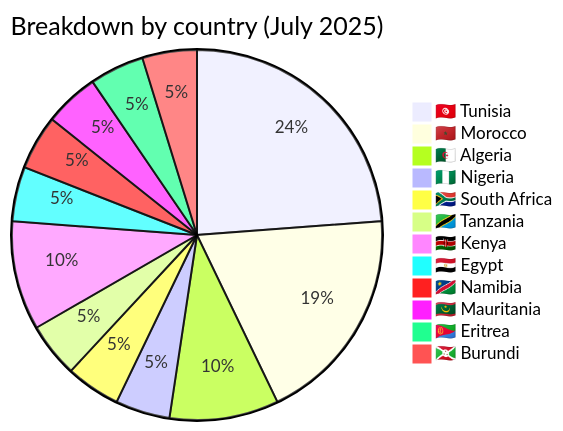
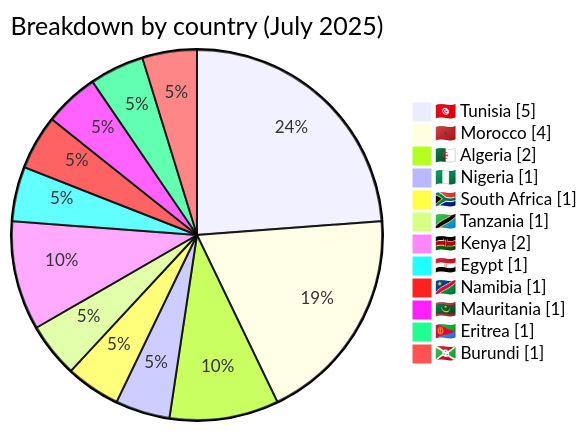
The third of 7 diagrams in CyberAttackAfrica/2025/07-july/README.md (Hatchepsoute/AFRINTEL), drawn with Mermaid before and after one commit. The commit also changed other lines of this file and 182 other files, not shown here.

````diff
--- a/CyberAttackAfrica/2025/07-july/README.md
+++ b/CyberAttackAfrica/2025/07-july/README.md
@@ -105,15 +109,16 @@
 ```mermaid
-pie title Breakdown by country (July 2025)
+pie showData
+    title Breakdown by country (July 2025)
     "🇹🇳 Tunisia" : 5
     "🇲🇦 Morocco" : 4
     "🇩🇿 Algeria" : 2
     "🇳🇬 Nigeria" : 1
     "🇿🇦 South Africa" : 1
     "🇹🇿 Tanzania" : 1
     "🇰🇪 Kenya" : 2
     "🇪🇬 Egypt" : 1
     "🇳🇦 Namibia" : 1
     "🇲🇷 Mauritania" : 1
     "🇪🇷 Eritrea" : 1
     "🇧🇮 Burundi" : 1
 ```
````
